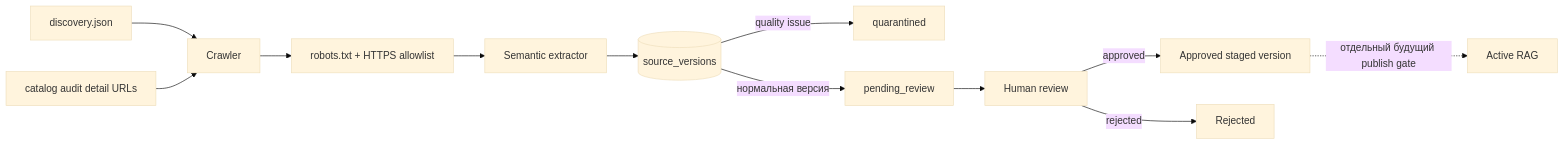
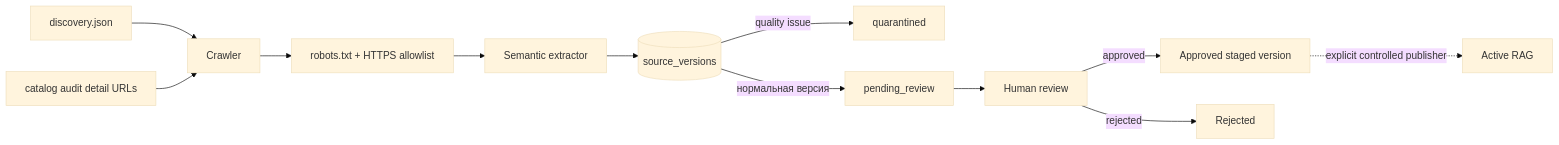
The diagram in docs/SOURCE_STAGING.md (FreejackRus/AIChatBotVodc), drawn with Mermaid (base theme) before and after one commit. The commit also changed other lines of this file and 10 other files, not shown here.

Commit message:
feat: add controlled RAG publisher and rollback

````diff
--- a/docs/SOURCE_STAGING.md
+++ b/docs/SOURCE_STAGING.md
@@ -10,14 +10,14 @@
 ```mermaid
 flowchart LR
     M[discovery.json] --> C[Crawler]
     A[catalog audit detail URLs] --> C
     C --> R[robots.txt + HTTPS allowlist]
     R --> E[Semantic extractor]
     E --> Q[(source_versions)]
     Q -->|quality issue| X[quarantined]
     Q -->|нормальная версия| P[pending_review]
     P --> H[Human review]
     H -->|approved| V[Approved staged version]
     H -->|rejected| J[Rejected]
-    V -. отдельный будущий publish gate .-> RAG[Active RAG]
+    V -. explicit controlled publisher .-> RAG[Active RAG]
 ```
````
